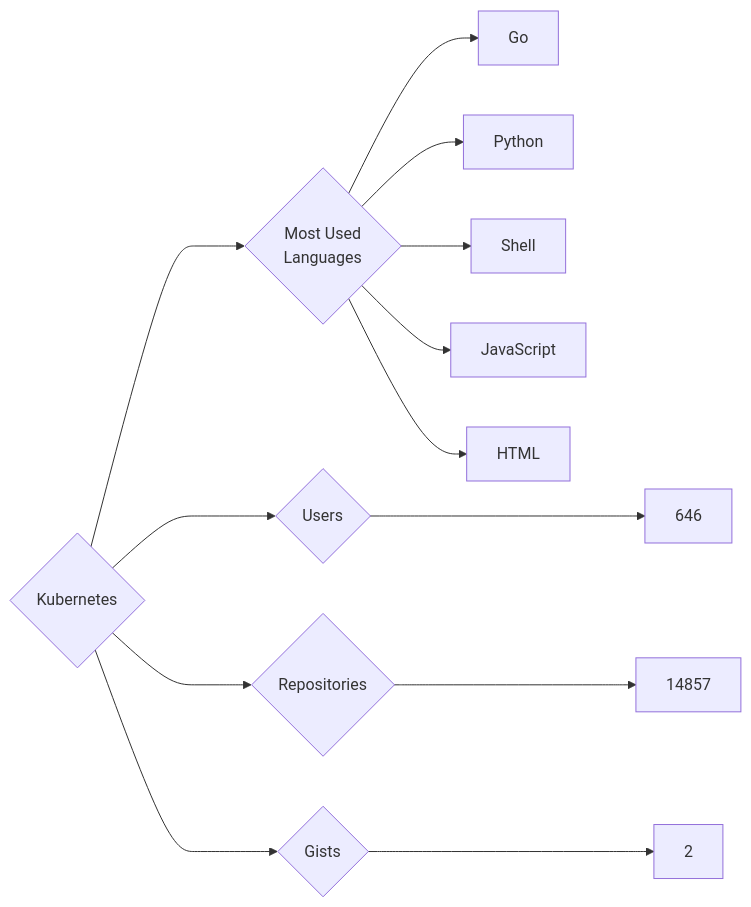
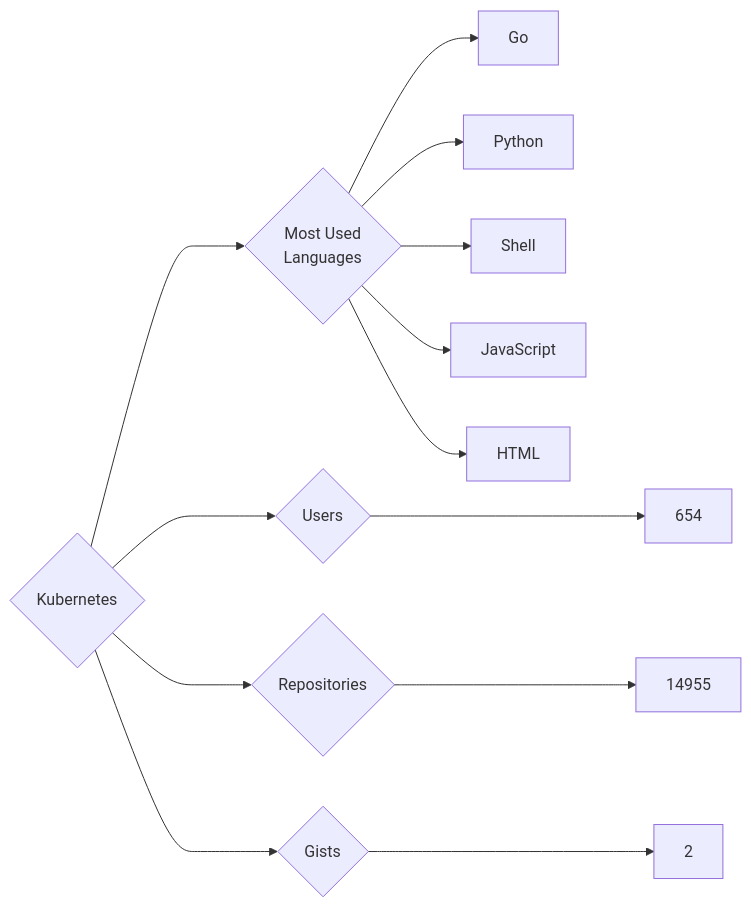
Before and after one commit to trickest/insiders: the diagram in targets/Kubernetes/README.md, drawn with Mermaid. The commit also changed 930 other files, not shown here.

````diff
--- a/targets/Kubernetes/README.md
+++ b/targets/Kubernetes/README.md
@@ -3,13 +3,13 @@
 ```mermaid
 graph LR
 COMPANY_NAME{Kubernetes}
-COMPANY_NAME ---> U{Users} ---> UN[646]
-COMPANY_NAME ---> R{Repositories} ---> RN[14857]
+COMPANY_NAME ---> U{Users} ---> UN[654]
+COMPANY_NAME ---> R{Repositories} ---> RN[14955]
 COMPANY_NAME ---> G{Gists} ---> GN[2]
 COMPANY_NAME ---> ML{Most Used<br>Languages}
 ML --> Go[Go]
 ML --> Python[Python]
 ML --> Shell[Shell]
 ML --> JavaScript[JavaScript]
 ML --> HTML[HTML]
 ```
````
